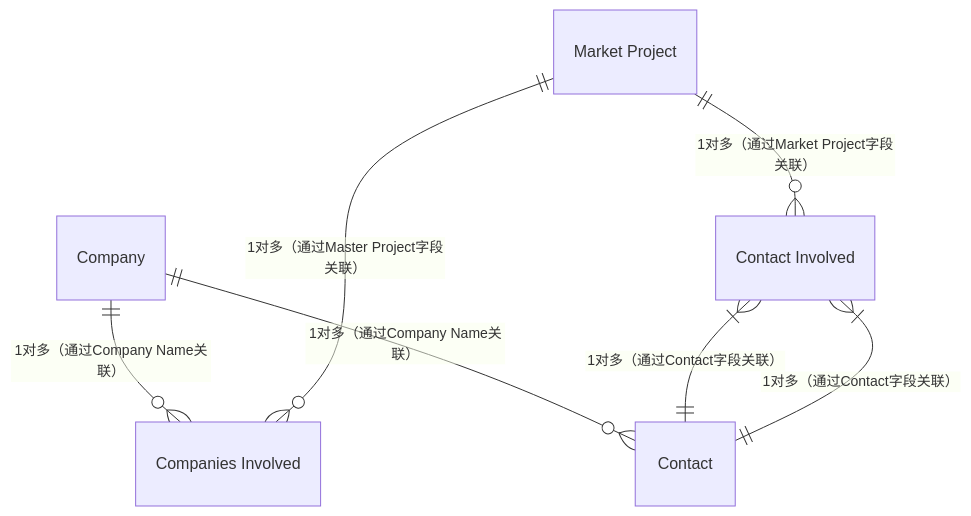
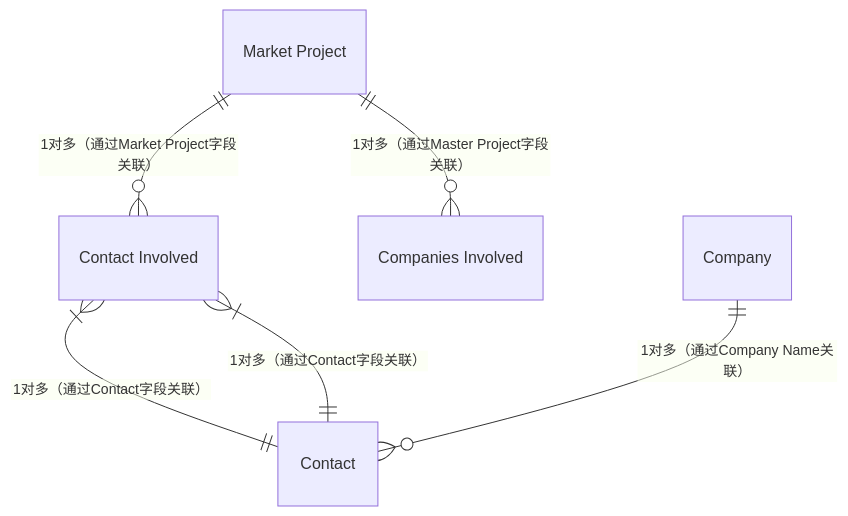
One commit to zhangziru-33/iodraw-files changed the diagram in all/Norden数据E-R图(7个对象，+contact).md. Above: the diagram before and after it, drawn with Mermaid.

Commit message:
2025-12-04 14:08:45 update

````diff
--- a/all/Norden数据E-R图(7个对象，+contact).md
+++ b/all/Norden数据E-R图(7个对象，+contact).md
@@ -1,15 +1,16 @@
 ```mermaid
 erDiagram
-    Company ||--o{ "Contact" : "1对多（通过Company Name关联）"
-    Company ||--o{ "Companies Involved" : "1对多（通过Company Name关联）"
+    
     %% Company ||--o{ "PV Product" : "1对多（通过Company字段关联）"
     "Contact Involved" }|--|| "Contact" : "1对多（通过Contact字段关联）"
    
     "Market Project" ||--o{ "Companies Involved" : "1对多（通过Master Project字段关联）"
     "Market Project" ||--o{ "Contact Involved" : "1对多（通过Market Project字段关联）"
     "Contact Involved" }|--|| "Contact" : "1对多（通过Contact字段关联）"
+    Company ||--o{ "Contact" : "1对多（通过Company Name关联）"
+
     %% "Market Project" ||--o{ "MP Product" : "1对多（通过Market Project字段关联）"
     %% "MP Product" }|--|| "PV Product" : "多对1（通过产品参数关联，如Frame Material）"
    
     %% Contact ||--o{ "Conatct Involved" : "1对多（通过Conatct字段关联）"
 ```
````
